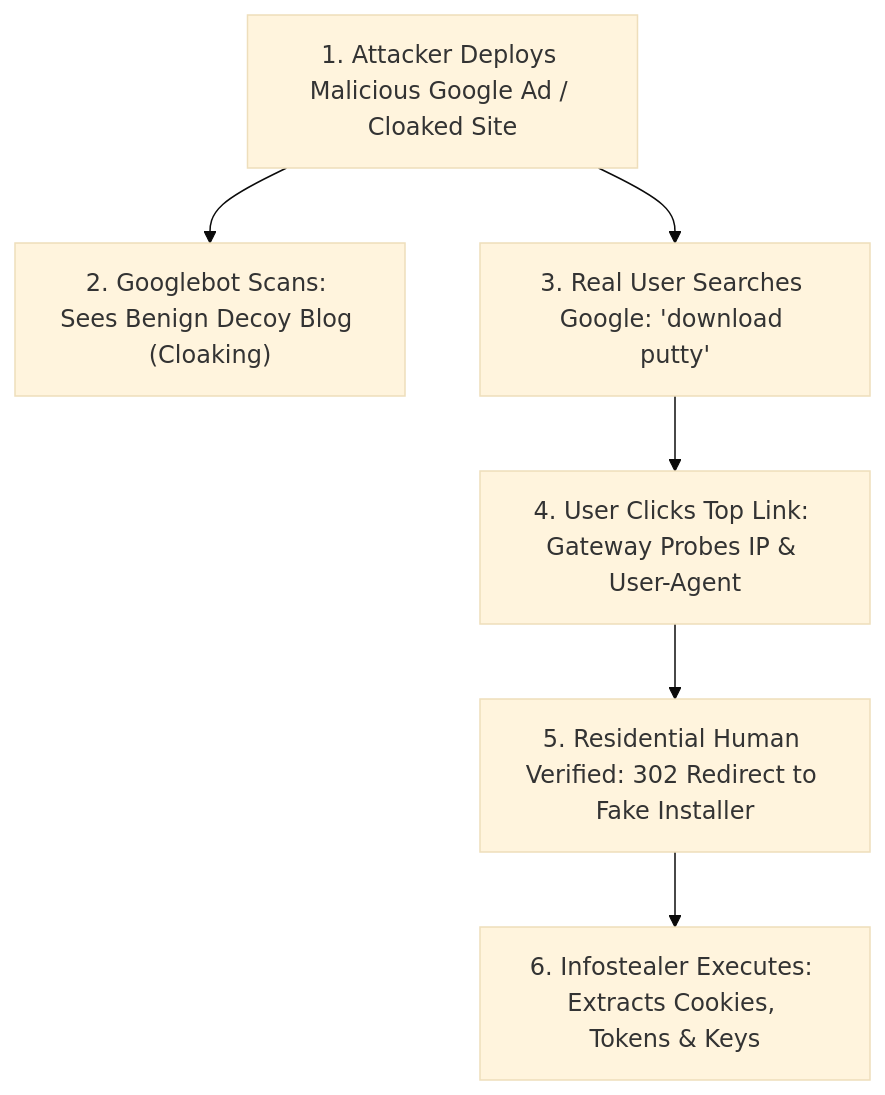
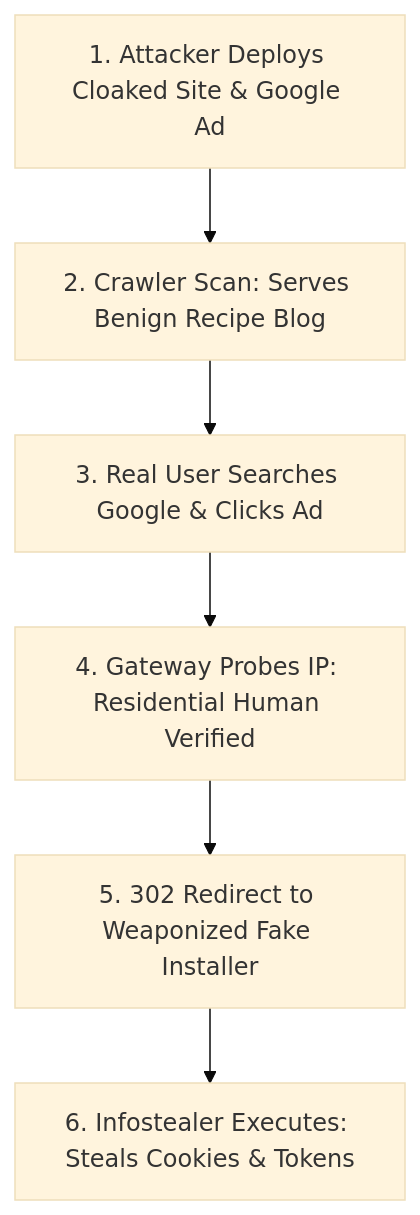
One commit to naimurhasan/naimurhasan.github.io changed the first of 2 diagrams in _posts/2026-11-24-serp-poisoning-how-search-results-are-hijacked.md. Above: the diagram before and after it, drawn with Mermaid (base theme). The commit also changed other lines of this file and 28 other files, not shown here.

Commit message:
fix(blog): refactor all Mermaid diagrams to vertical legible layouts and restore in-body illustrations

````diff
--- a/_posts/2026-11-24-serp-poisoning-how-search-results-are-hijacked.md
+++ b/_posts/2026-11-24-serp-poisoning-how-search-results-are-hijacked.md
@@ -25,8 +25,8 @@
 ```mermaid
 flowchart TD
-  A["1. Attacker Deploys Malicious Google Ad / Cloaked Site"] --> B["2. Googlebot Scans: Sees Benign Decoy Blog (Cloaking)"]
-  A --> C["3. Real User Searches Google: 'download putty'"]
-  C --> D["4. User Clicks Top Link: Gateway Probes IP & User-Agent"]
-  D --> E["5. Residential Human Verified: 302 Redirect to Fake Installer"]
-  E --> F["6. Infostealer Executes: Extracts Cookies, Tokens & Keys"]
+  A["1. Attacker Deploys Cloaked Site & Google Ad"] --> B["2. Crawler Scan: Serves Benign Recipe Blog"]
+  B --> C["3. Real User Searches Google & Clicks Ad"]
+  C --> D["4. Gateway Probes IP: Residential Human Verified"]
+  D --> E["5. 302 Redirect to Weaponized Fake Installer"]
+  E --> F["6. Infostealer Executes: Steals Cookies & Tokens"]
 ```
````
